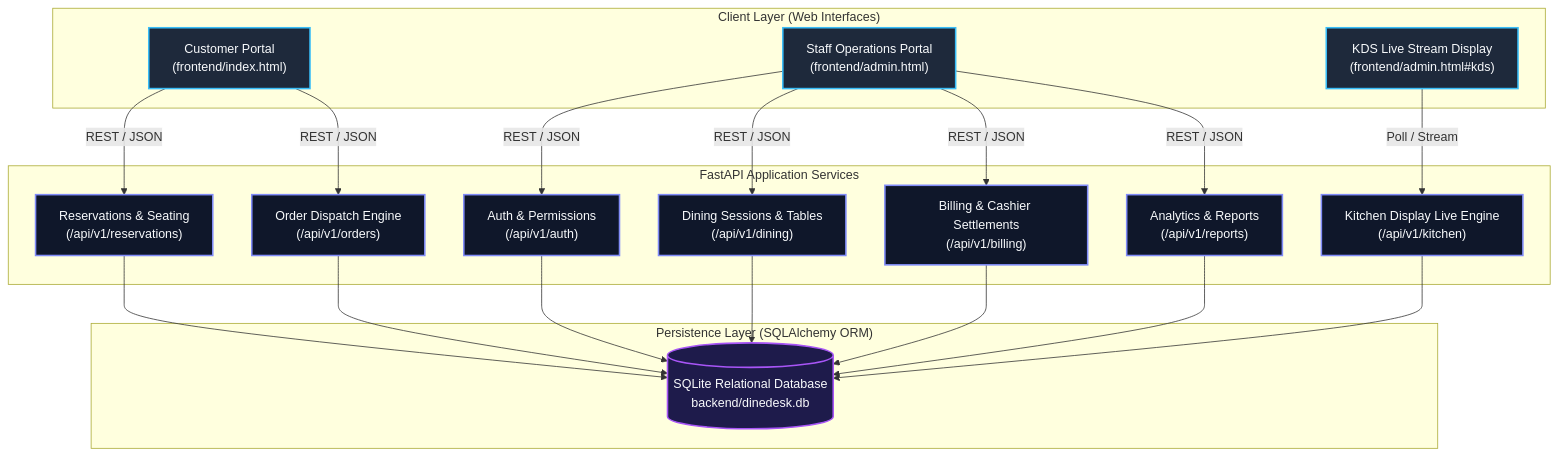
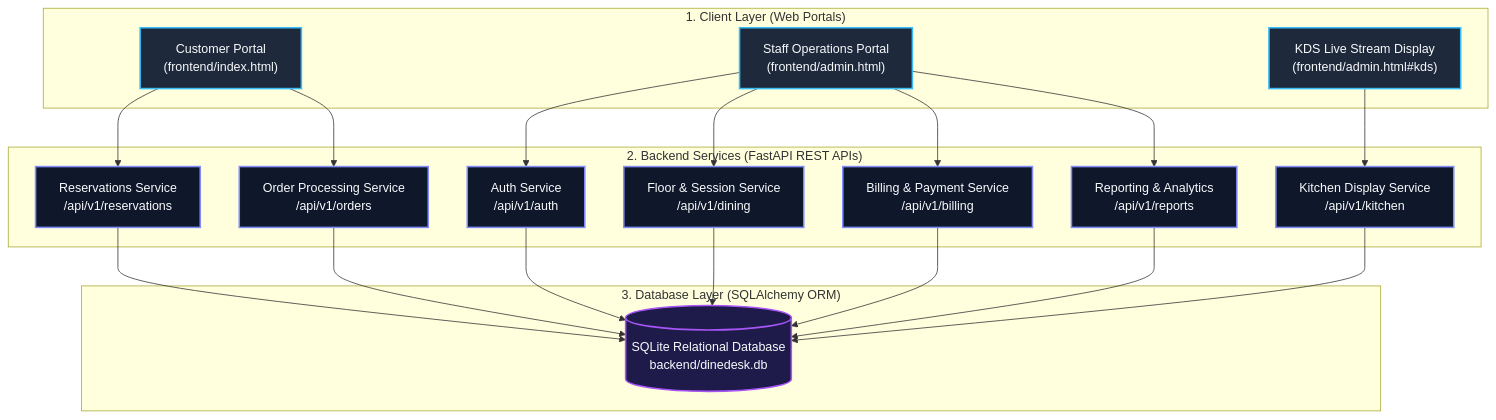
One commit to sahajasakhunala/DineDesk changed the first of 2 diagrams in README.md. Above: the diagram before and after it, drawn with Mermaid. The commit also changed other lines of this file, not shown here.

Commit message:
Replace wide sequence diagram with clean vertical operational lifecycle flowchart in README

````diff
--- a/README.md
+++ b/README.md
@@ -65,42 +65,32 @@
 ```mermaid
 graph TD
     classDef client fill:#1e293b,stroke:#38bdf8,stroke-width:2px,color:#f8fafc;
     classDef service fill:#0f172a,stroke:#818cf8,stroke-width:2px,color:#f8fafc;
     classDef storage fill:#1e1b4b,stroke:#a855f7,stroke-width:2px,color:#f8fafc;
 
-    subgraph ClientLayer["Client Layer (Web Interfaces)"]
+    subgraph ClientLayer["1. Client Layer (Web Portals)"]
         CP["Customer Portal<br/>(frontend/index.html)"]:::client
         SP["Staff Operations Portal<br/>(frontend/admin.html)"]:::client
         KDS_UI["KDS Live Stream Display<br/>(frontend/admin.html#kds)"]:::client
     end
 
-    subgraph BackendLayer["FastAPI Application Services"]
-        AUTH["Auth & Permissions<br/>(/api/v1/auth)"]:::service
-        RES["Reservations & Seating<br/>(/api/v1/reservations)"]:::service
-        FLOOR["Dining Sessions & Tables<br/>(/api/v1/dining)"]:::service
-        ORD["Order Dispatch Engine<br/>(/api/v1/orders)"]:::service
-        KDS["Kitchen Display Live Engine<br/>(/api/v1/kitchen)"]:::service
-        BILL["Billing & Cashier Settlements<br/>(/api/v1/billing)"]:::service
-        REP["Analytics & Reports<br/>(/api/v1/reports)"]:::service
+    subgraph BackendLayer["2. Backend Services (FastAPI REST APIs)"]
+        AUTH["Auth Service<br/>/api/v1/auth"]:::service
+        RES["Reservations Service<br/>/api/v1/reservations"]:::service
+        FLOOR["Floor & Session Service<br/>/api/v1/dining"]:::service
+        ORD["Order Processing Service<br/>/api/v1/orders"]:::service
+        KDS["Kitchen Display Service<br/>/api/v1/kitchen"]:::service
+        BILL["Billing & Payment Service<br/>/api/v1/billing"]:::service
+        REP["Reporting & Analytics<br/>/api/v1/reports"]:::service
     end
 
-    subgraph PersistenceLayer["Persistence Layer (SQLAlchemy ORM)"]
+    subgraph PersistenceLayer["3. Database Layer (SQLAlchemy ORM)"]
         DB[("SQLite Relational Database<br/>backend/dinedesk.db")]:::storage
     end
 
-    CP -->|REST / JSON| RES
-    CP -->|REST / JSON| ORD
-    SP -->|REST / JSON| AUTH
-    SP -->|REST / JSON| FLOOR
-    SP -->|REST / JSON| BILL
-    SP -->|REST / JSON| REP
-    KDS_UI -->|Poll / Stream| KDS
+    CP --> RES & ORD
+    SP --> AUTH & FLOOR & BILL & REP
+    KDS_UI --> KDS
 
-    AUTH --> DB
-    RES --> DB
-    FLOOR --> DB
-    ORD --> DB
-    KDS --> DB
-    BILL --> DB
-    REP --> DB
+    AUTH & RES & FLOOR & ORD & KDS & BILL & REP --> DB
 ```
````
